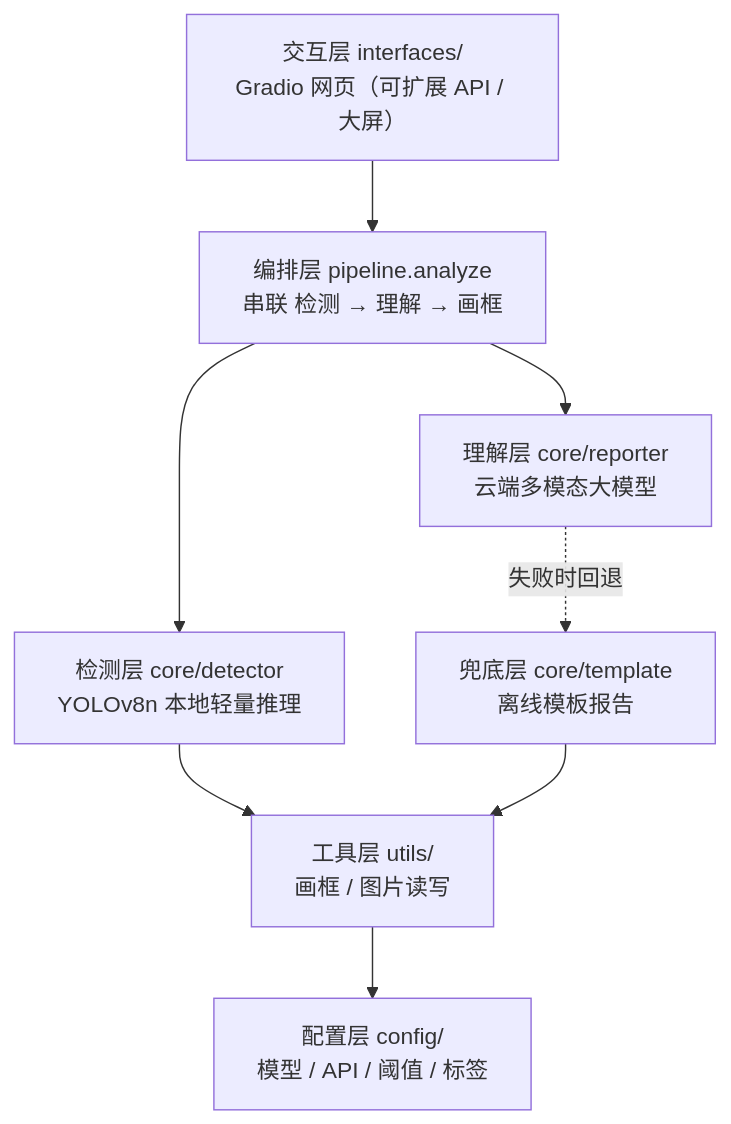
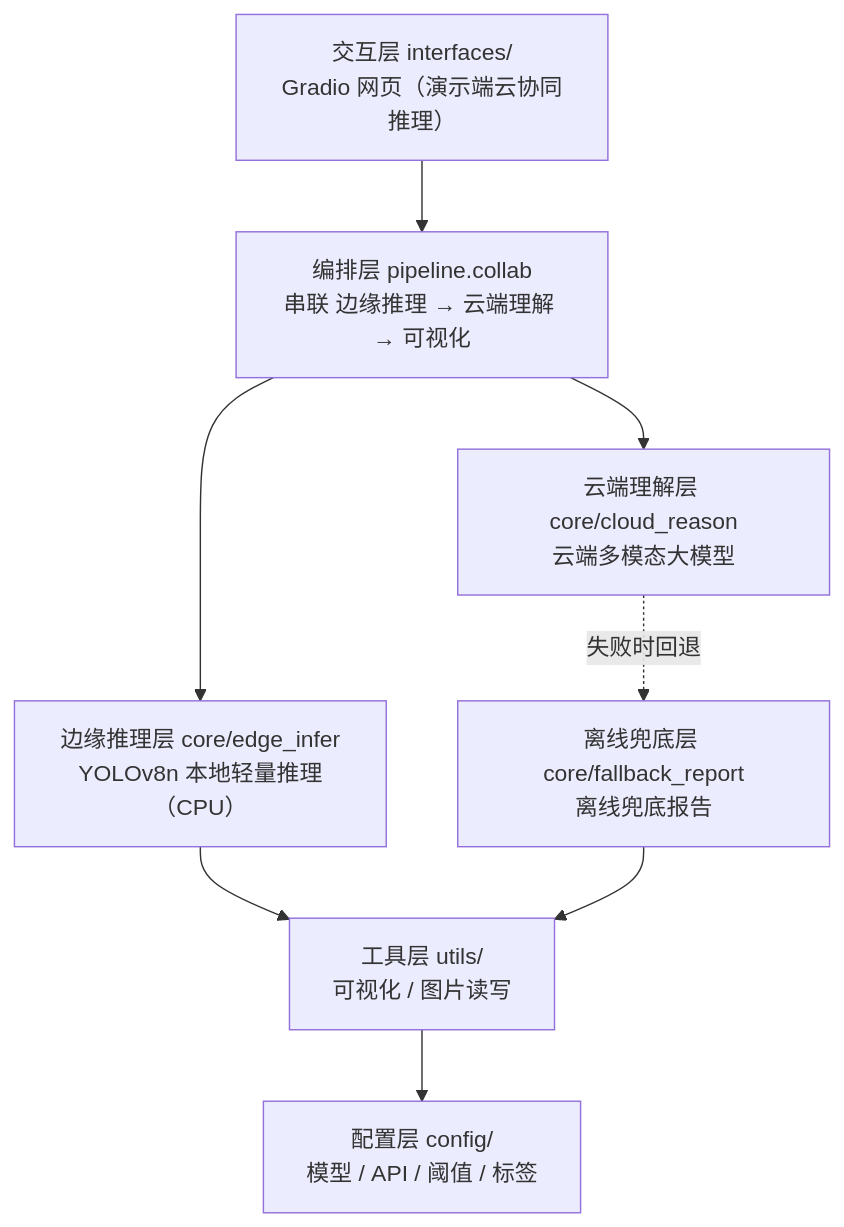
Before and after one commit to wdzhmyl/city-safety-eye: the diagram in README.md, drawn with Mermaid. The commit also changed other lines of this file and 21 other files, not shown here.

````diff
--- a/README.md
+++ b/README.md
@@ -14,18 +15,18 @@
 ```mermaid
 flowchart TD
-    UI["交互层 interfaces/<br/>Gradio 网页（可扩展 API / 大屏）"]
-    PIPE["编排层 pipeline.analyze<br/>串联 检测 → 理解 → 画框"]
-    DET["检测层 core/detector<br/>YOLOv8n 本地轻量推理"]
-    REP["理解层 core/reporter<br/>云端多模态大模型"]
-    TPL["兜底层 core/template<br/>离线模板报告"]
-    UTIL["工具层 utils/<br/>画框 / 图片读写"]
+    UI["交互层 interfaces/<br/>Gradio 网页（演示端云协同推理）"]
+    PIPE["编排层 pipeline.collab<br/>串联 边缘推理 → 云端理解 → 可视化"]
+    DET["边缘推理层 core/edge_infer<br/>YOLOv8n 本地轻量推理（CPU）"]
+    REP["云端理解层 core/cloud_reason<br/>云端多模态大模型"]
+    TPL["离线兜底层 core/fallback_report<br/>离线兜底报告"]
+    UTIL["工具层 utils/<br/>可视化 / 图片读写"]
     CFG["配置层 config/<br/>模型 / API / 阈值 / 标签"]
 
     UI --> PIPE
     PIPE --> DET
     PIPE --> REP
     REP -. 失败时回退 .-> TPL
     DET --> UTIL
     TPL --> UTIL
     UTIL --> CFG
 ```
````
